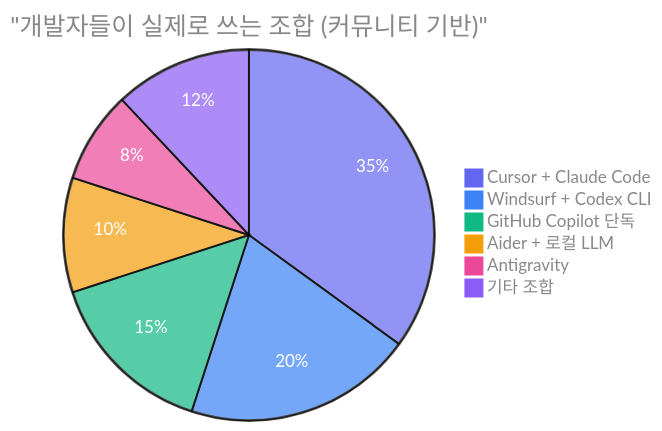
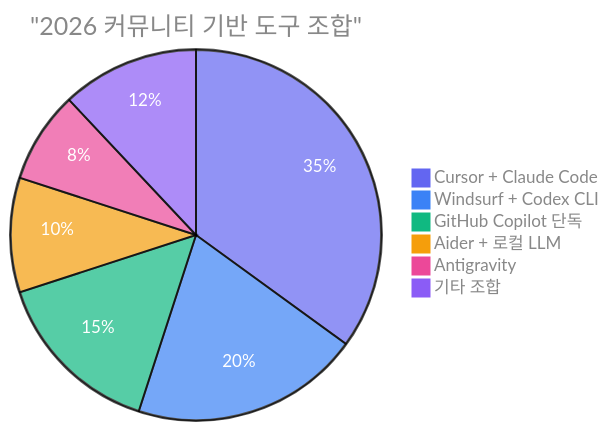
Before and after one commit to Lazere4385/ai-whatchelin: the first of 4 diagrams in README.md, drawn with Mermaid. The commit also changed other lines of this file, not shown here.

````diff
--- a/README.md
+++ b/README.md
@@ -9,10 +33,10 @@
 ```mermaid
 %%{init: {'theme': 'base', 'themeVariables': {'pie1': '#6366f1', 'pie2': '#3b82f6', 'pie3': '#10b981', 'pie4': '#f59e0b', 'pie5': '#ec4899', 'pie6': '#8b5cf6', 'pieTitleTextColor': '#888', 'pieSectionTextColor': '#fff', 'pieLegendTextColor': '#888', 'pieOuterStrokeColor': '#555'}}}%%
-pie title "개발자들이 실제로 쓰는 조합 (커뮤니티 기반)"
+pie title "2026 커뮤니티 기반 도구 조합"
     "Cursor + Claude Code" : 35
     "Windsurf + Codex CLI" : 20
     "GitHub Copilot 단독" : 15
     "Aider + 로컬 LLM" : 10
     "Antigravity" : 8
     "기타 조합" : 12
 ```
````
